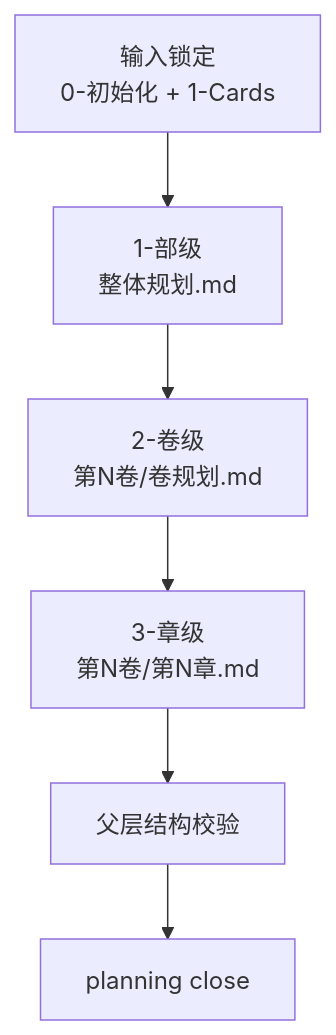
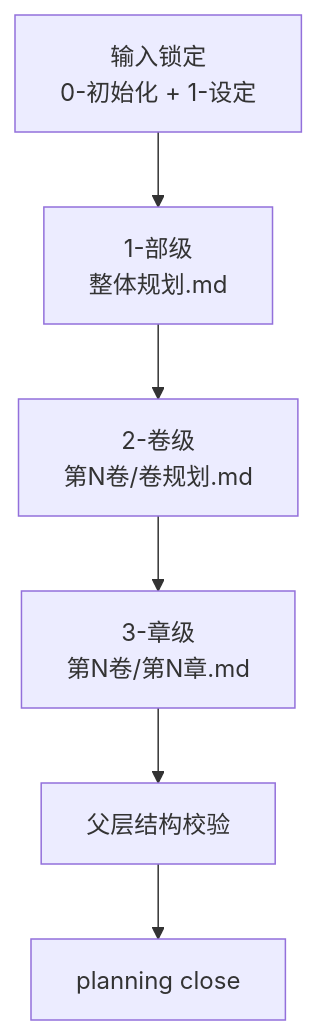
The diagram in .agents/skills/story/2-卷章规划/SKILL.md (ZEN-VOID/AI-CUT), drawn with Mermaid before and after one commit. The commit also changed other lines of this file and 380 other files, not shown here.

````diff
--- a/.agents/skills/story/2-卷章规划/SKILL.md
+++ b/.agents/skills/story/2-卷章规划/SKILL.md
@@ -181,8 +204,8 @@
 ```mermaid
 flowchart TD
-    A["输入锁定<br/>0-初始化 + 1-Cards"] --> B["1-部级<br/>整体规划.md"]
+    A["输入锁定<br/>0-初始化 + 1-设定"] --> B["1-部级<br/>整体规划.md"]
     B --> C["2-卷级<br/>第N卷/卷规划.md"]
     C --> D["3-章级<br/>第N卷/第N章.md"]
     D --> E["父层结构校验"]
     E --> F["planning close"]
 ```
````
